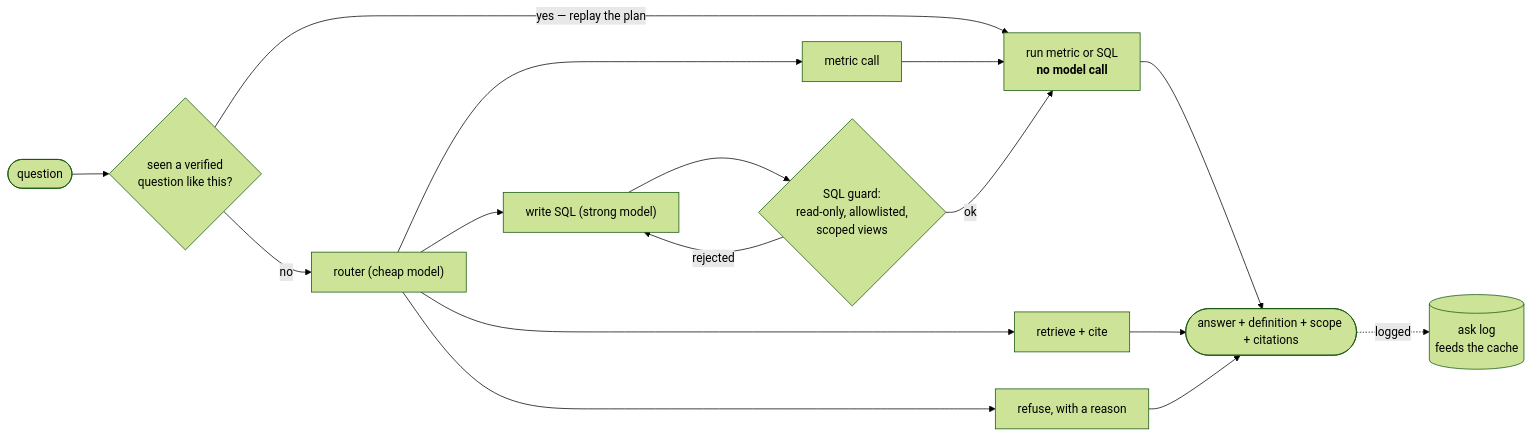
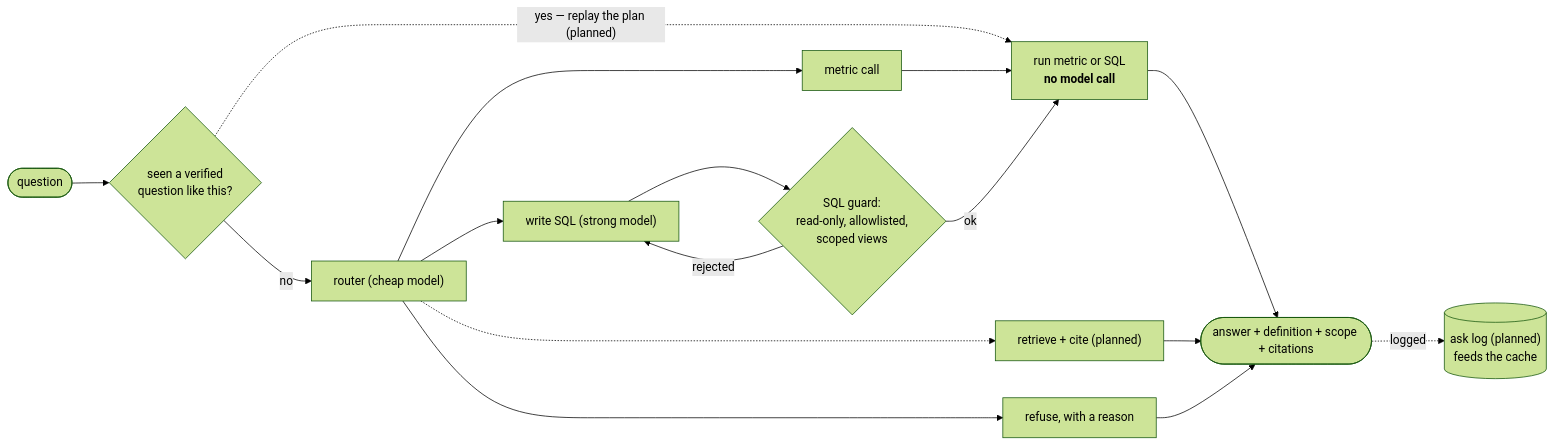
Before and after one commit to stellal7/people-ai: the second of 2 diagrams in README.md, drawn with Mermaid (forest theme). The commit also changed other lines of this file, not shown here.

````diff
--- a/README.md
+++ b/README.md
@@ -105,18 +96,18 @@
 ```mermaid
 flowchart LR
   q([question]) --> cache{"seen a verified<br/>question like this?"}
-  cache -->|"yes — replay the plan"| run["run metric or SQL<br/><b>no model call</b>"]
+  cache -.->|"yes — replay the plan (planned)"| run["run metric or SQL<br/><b>no model call</b>"]
   cache -->|no| route["router (cheap model)"]
   route --> metric["metric call"]
   route --> gen["write SQL (strong model)"]
-  route --> rag["retrieve + cite"]
+  route -.-> rag["retrieve + cite (planned)"]
   route --> refuse["refuse, with a reason"]
   metric --> run
   gen --> guard{"SQL guard:<br/>read-only, allowlisted,<br/>scoped views"}
   guard -->|rejected| gen
   guard -->|ok| run
   run --> answer([answer + definition + scope + citations])
   rag --> answer
   refuse --> answer
-  answer -.logged.-> log[("ask log<br/>feeds the cache")]
+  answer -.logged.-> log[("ask log (planned)<br/>feeds the cache")]
 ```
````
